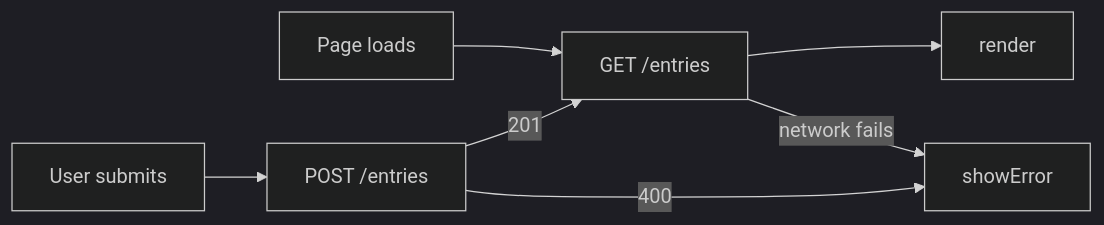
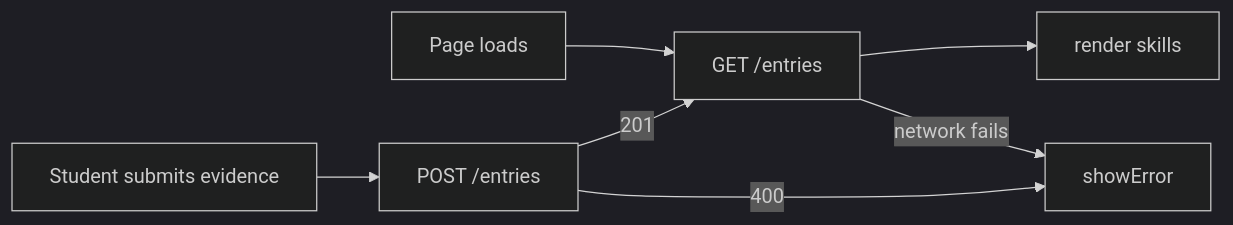
The diagram in README.md (ReginaChoi/mgt3745-hw4), drawn with Mermaid (dark theme) before and after one commit. The commit also changed other lines of this file and 4 other files, not shown here.

````diff
--- a/README.md
+++ b/README.md
@@ -22,9 +17,9 @@
 ```mermaid
 flowchart LR
-  A[Page loads] --> B[GET /entries]
-  B --> C[render]
-  D[User submits] --> E[POST /entries]
-  E -->|201| B
-  E -->|400| F[showError]
-  B -->|network fails| F
+A[Page loads] --> B[GET /entries]
+B --> C[render skills]
+D[Student submits evidence] --> E[POST /entries]
+E -->|201| B
+E -->|400| F[showError]
+B -->|network fails| F
 ```
````
